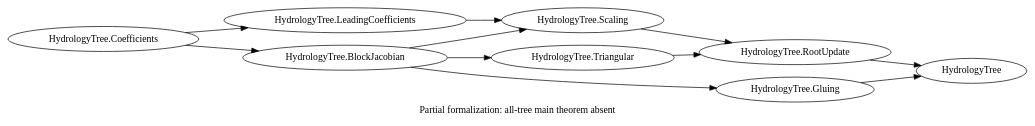
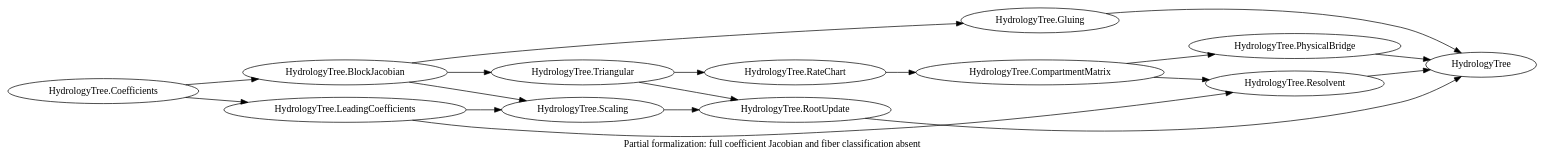
Before and after one commit to mxym/math: the diagram in formalizations/hydrology-tree-core/DEPENDENCIES.dot, drawn with Graphviz. The commit also changed 20 other files, not shown here.

Commit message:
Prove actual conservative tree matrix semantics and physical rate-coordinate Jacobian (partial Lean)

```diff
--- a/formalizations/hydrology-tree-core/DEPENDENCIES.dot
+++ b/formalizations/hydrology-tree-core/DEPENDENCIES.dot
@@ -1,14 +1,21 @@
 digraph HydrologyTreePartial {
   rankdir=LR;
-  label="Partial formalization: all-tree main theorem absent";
+  label="Partial formalization: full coefficient Jacobian and fiber classification absent";
   "HydrologyTree.Coefficients" -> "HydrologyTree.LeadingCoefficients";
   "HydrologyTree.Coefficients" -> "HydrologyTree.BlockJacobian";
   "HydrologyTree.LeadingCoefficients" -> "HydrologyTree.Scaling";
   "HydrologyTree.BlockJacobian" -> "HydrologyTree.Scaling";
   "HydrologyTree.BlockJacobian" -> "HydrologyTree.Triangular";
   "HydrologyTree.BlockJacobian" -> "HydrologyTree.Gluing";
   "HydrologyTree.Scaling" -> "HydrologyTree.RootUpdate";
   "HydrologyTree.Triangular" -> "HydrologyTree.RootUpdate";
+  "HydrologyTree.Triangular" -> "HydrologyTree.RateChart";
+  "HydrologyTree.RateChart" -> "HydrologyTree.CompartmentMatrix";
+  "HydrologyTree.CompartmentMatrix" -> "HydrologyTree.PhysicalBridge";
+  "HydrologyTree.CompartmentMatrix" -> "HydrologyTree.Resolvent";
+  "HydrologyTree.LeadingCoefficients" -> "HydrologyTree.Resolvent";
   "HydrologyTree.Gluing" -> "HydrologyTree";
   "HydrologyTree.RootUpdate" -> "HydrologyTree";
+  "HydrologyTree.PhysicalBridge" -> "HydrologyTree";
+  "HydrologyTree.Resolvent" -> "HydrologyTree";
 }
```
